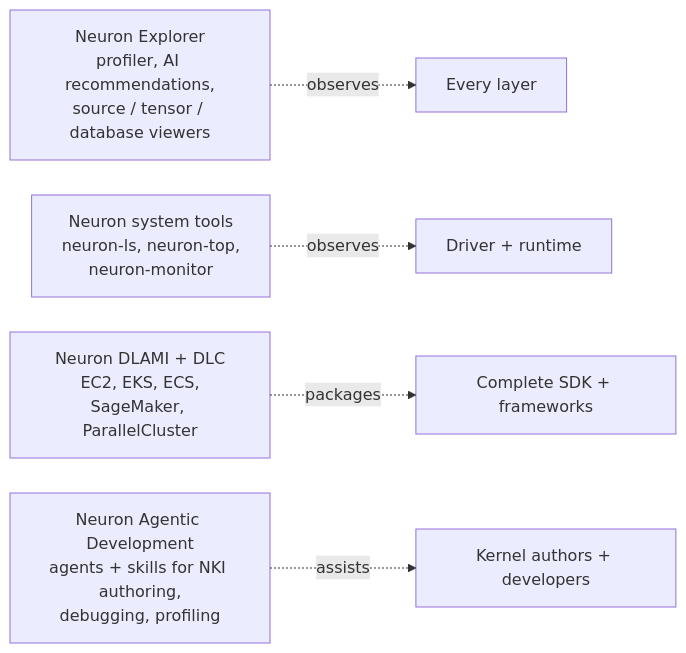
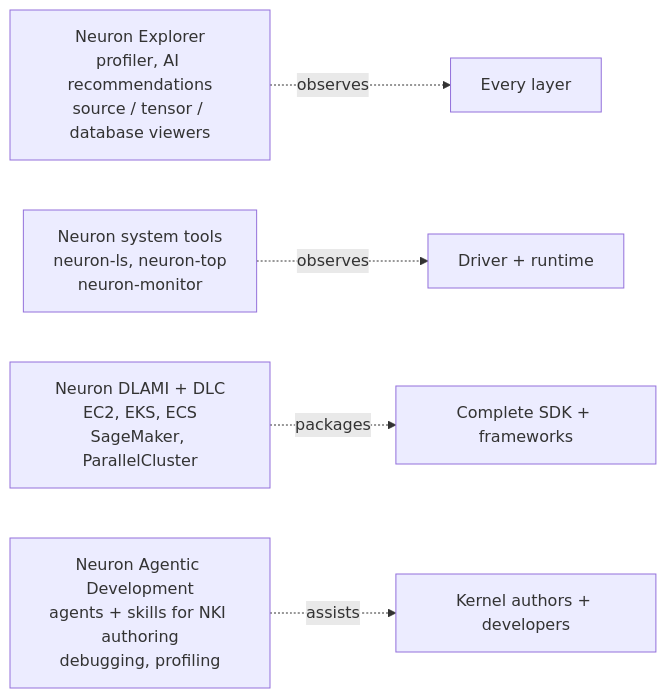
The second of 2 diagrams in neuron-stack.mdx (erickson-doug/mintlify-docs), drawn with Mermaid before and after one commit. The commit also changed other lines of this file, not shown here.

Commit message:
fix: edits to mermaid diagram for testing

````diff
--- a/neuron-stack.mdx
+++ b/neuron-stack.mdx
@@ -155,13 +154,17 @@
 ```mermaid
-%%{init: {'flowchart': {'defaultRenderer': 'elk'}}}%%
 flowchart LR
-  T1["Neuron Explorer<br/>profiler, AI recommendations,<br/>source / tensor / database viewers"]
-  T2["Neuron system tools<br/>neuron-ls, neuron-top,<br/>neuron-monitor"]
-  T3["Neuron DLAMI + DLC<br/>EC2, EKS, ECS,<br/>SageMaker, ParallelCluster"]
-  T4["Neuron Agentic Development<br/>agents + skills for NKI authoring,<br/>debugging, profiling"]
+  T1["Neuron Explorer<br>profiler, AI recommendations<br>source / tensor / database viewers"]
+  T2["Neuron system tools<br>neuron-ls, neuron-top<br>neuron-monitor"]
+  T3["Neuron DLAMI + DLC<br>EC2, EKS, ECS<br>SageMaker, ParallelCluster"]
+  T4["Neuron Agentic Development<br>agents + skills for NKI authoring<br>debugging, profiling"]
 
-  T1 -. observes .-> STACK["Every layer"]
-  T2 -. observes .-> DR["Driver + runtime"]
-  T3 -. packages .-> ALL["Complete SDK + frameworks"]
-  T4 -. assists .-> AUTHOR["Kernel authors + developers"]
+  STACK["Every layer"]
+  DR["Driver + runtime"]
+  ALL["Complete SDK + frameworks"]
+  AUTHOR["Kernel authors + developers"]
+
+  T1 -.->|observes| STACK
+  T2 -.->|observes| DR
+  T3 -.->|packages| ALL
+  T4 -.->|assists| AUTHOR
 ```
````
